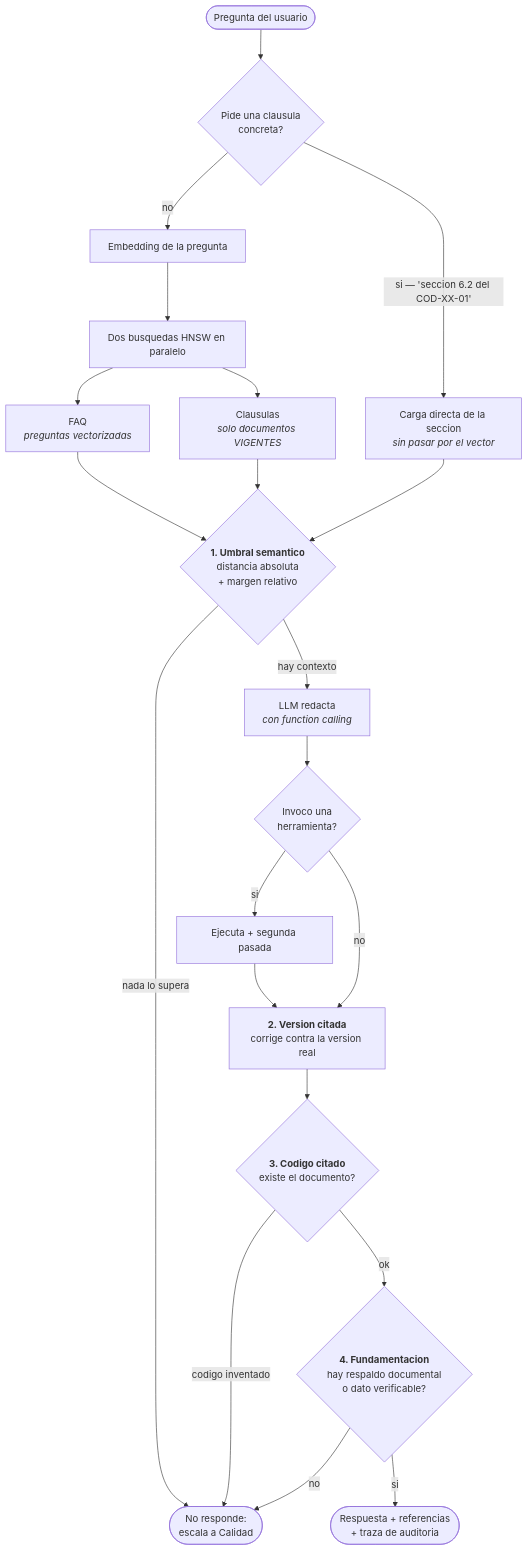
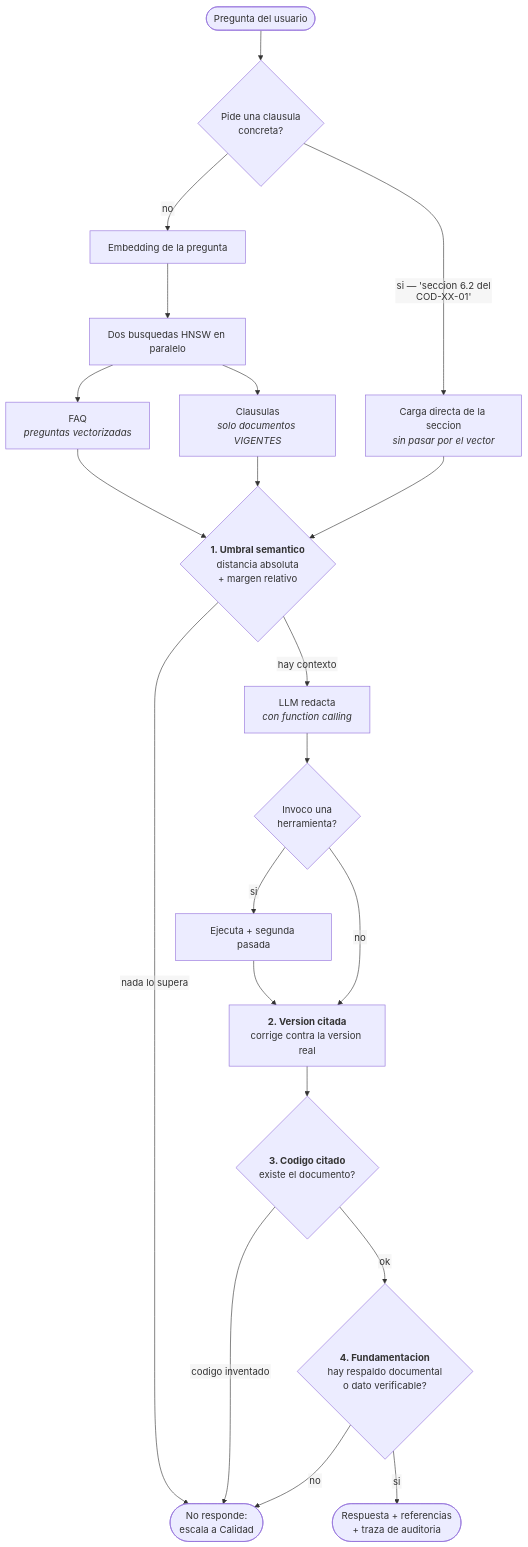
Before and after one commit to klauzirrazabal-max/normia-chatbot-iso: the second of 3 diagrams in README.md, drawn with Mermaid. The commit also changed other lines of this file and 4 other files, not shown here.

First line of the commit message:
Diagramas: paleta de la presentacion y etiquetas que no se recortan

````diff
--- a/README.md
+++ b/README.md
@@ -81,32 +82,33 @@
 ```mermaid
+%%{init: {'flowchart':{'htmlLabels':false}}}%%
 flowchart TD
     Q(["Pregunta del usuario"]) --> D{"Pide una clausula<br/>concreta?"}
     D -->|"si — 'seccion 6.2 del COD-XX-01'"| DS["Carga directa de la seccion<br/><i>sin pasar por el vector</i>"]
     D -->|no| EMB["Embedding de la pregunta"]
 
     EMB --> PAR["Dos busquedas HNSW en paralelo"]
     PAR --> FAQ["FAQ<br/><i>preguntas vectorizadas</i>"]
     PAR --> CH["Clausulas<br/><i>solo documentos VIGENTES</i>"]
 
     FAQ --> G1
     CH --> G1
     DS --> G1
 
     G1{"<b>1. Umbral semantico</b><br/>distancia absoluta<br/>+ margen relativo"}
     G1 -->|"nada lo supera"| NO
     G1 -->|hay contexto| LLM["LLM redacta<br/><i>con function calling</i>"]
 
     LLM --> TC{"Invoco una<br/>herramienta?"}
     TC -->|si| EX["Ejecuta + segunda pasada"] --> G2
     TC -->|no| G2
 
     G2["<b>2. Version citada</b><br/>corrige contra la version real"] --> G3
     G3{"<b>3. Codigo citado</b><br/>existe el documento?"}
     G3 -->|"codigo inventado"| NO
     G3 -->|ok| G4
     G4{"<b>4. Fundamentacion</b><br/>hay respaldo documental<br/>o dato verificable?"}
     G4 -->|no| NO
     G4 -->|si| OUT(["Respuesta + referencias<br/>+ traza de auditoria"])
 
     NO(["No responde:<br/>escala a Calidad"])
 ```
````
